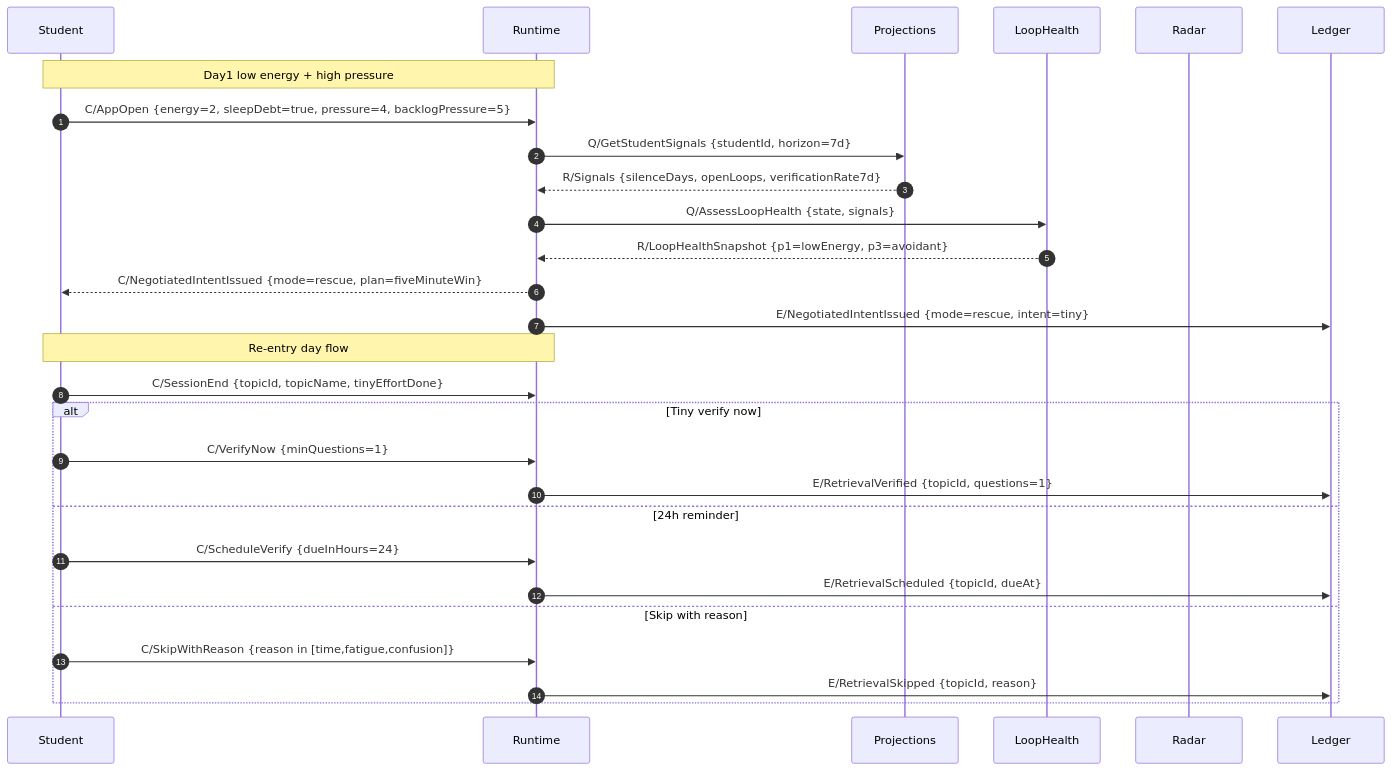
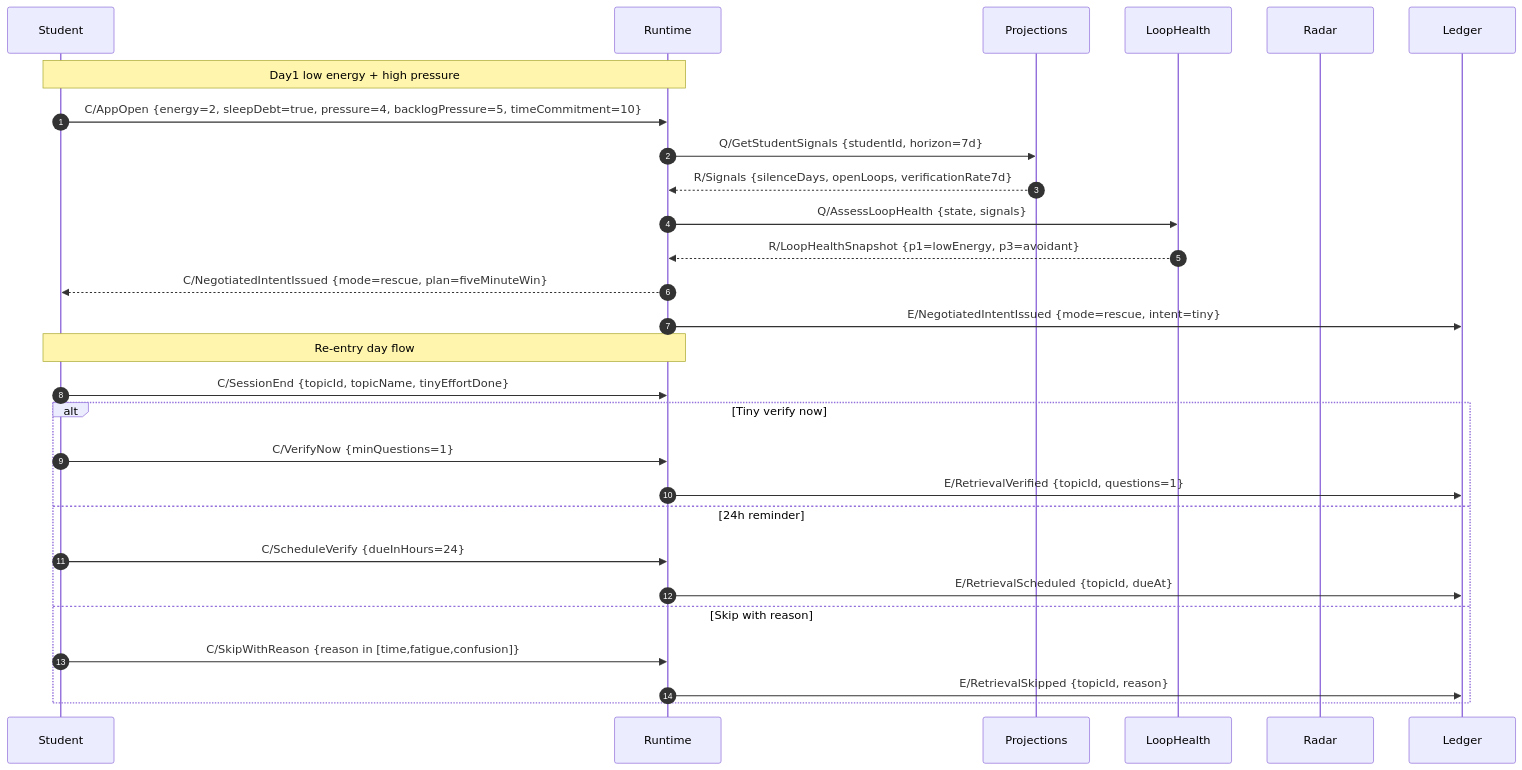
The third of 4 diagrams in docs/engineering-ddd-design/05-domain-message-flows-storyboards.md (Mukul1312/ELI), drawn with Mermaid before and after one commit. The commit also changed other lines of this file and 33 other files, not shown here.

````diff
--- a/docs/engineering-ddd-design/05-domain-message-flows-storyboards.md
+++ b/docs/engineering-ddd-design/05-domain-message-flows-storyboards.md
@@ -138,32 +139,32 @@
 ```mermaid
 sequenceDiagram
     autonumber
     participant Student
     participant Runtime
     participant Projections
     participant LoopHealth
     participant Radar
     participant Ledger
 
     Note over Student,Runtime: Day1 low energy + high pressure
-    Student->>Runtime: C/AppOpen {energy=2, sleepDebt=true, pressure=4, backlogPressure=5}
+    Student->>Runtime: C/AppOpen {energy=2, sleepDebt=true, pressure=4, backlogPressure=5, timeCommitment=10}
     Runtime->>Projections: Q/GetStudentSignals {studentId, horizon=7d}
     Projections-->>Runtime: R/Signals {silenceDays, openLoops, verificationRate7d}
     Runtime->>LoopHealth: Q/AssessLoopHealth {state, signals}
     LoopHealth-->>Runtime: R/LoopHealthSnapshot {p1=lowEnergy, p3=avoidant}
     Runtime-->>Student: C/NegotiatedIntentIssued {mode=rescue, plan=fiveMinuteWin}
     Runtime->>Ledger: E/NegotiatedIntentIssued {mode=rescue, intent=tiny}
 
     Note over Student,Runtime: Re-entry day flow
     Student->>Runtime: C/SessionEnd {topicId, topicName, tinyEffortDone}
     alt Tiny verify now
         Student->>Runtime: C/VerifyNow {minQuestions=1}
         Runtime->>Ledger: E/RetrievalVerified {topicId, questions=1}
     else 24h reminder
         Student->>Runtime: C/ScheduleVerify {dueInHours=24}
         Runtime->>Ledger: E/RetrievalScheduled {topicId, dueAt}
     else Skip with reason
         Student->>Runtime: C/SkipWithReason {reason in [time,fatigue,confusion]}
         Runtime->>Ledger: E/RetrievalSkipped {topicId, reason}
     end
 ```
````
